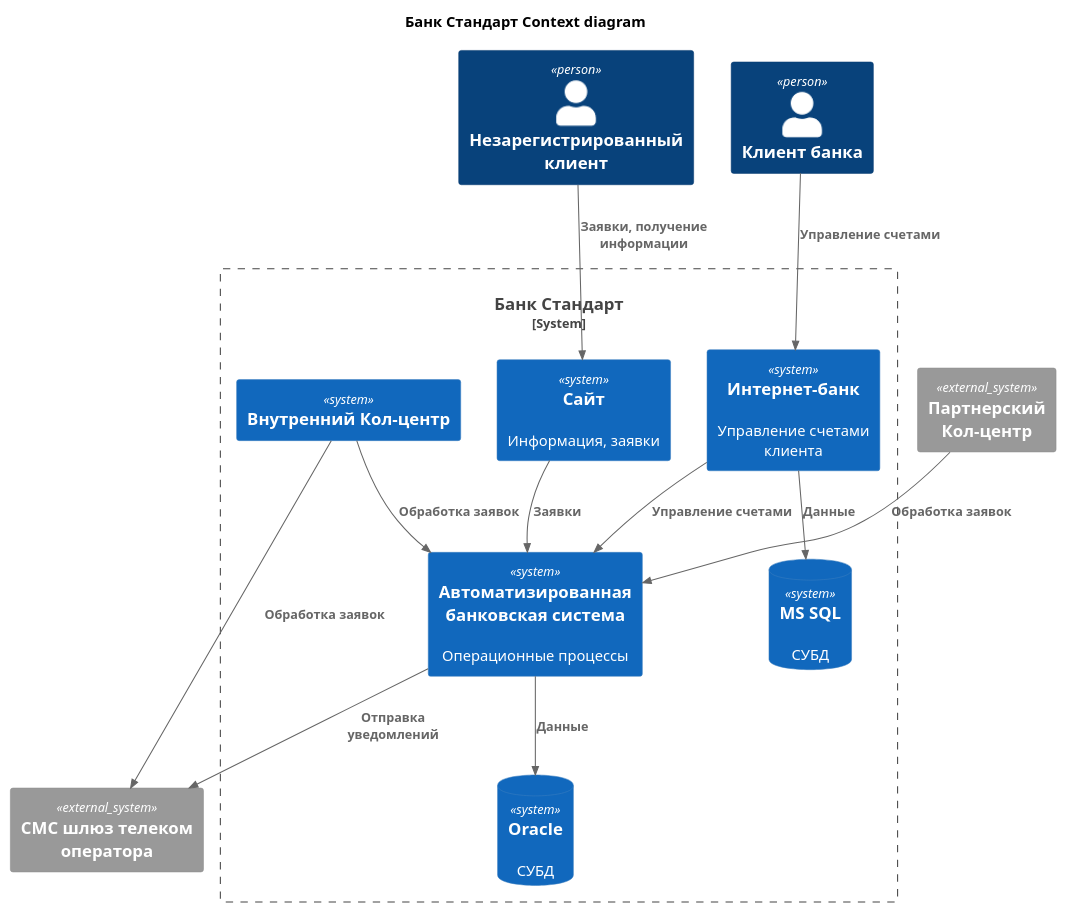
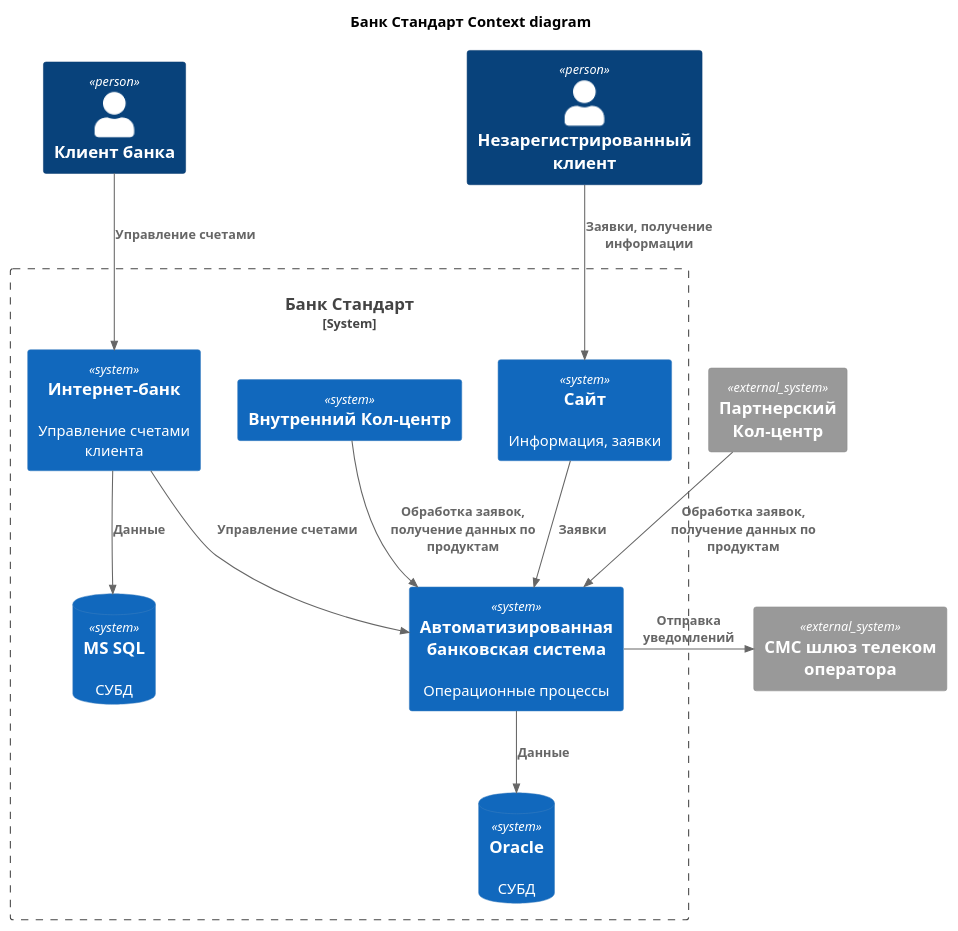
The diagram in Task3/Context.puml (AntonVolkov71/architecture-pro-standart), drawn with PlantUML before and after one commit. The commit also changed 15 other files, not shown here.

```diff
--- a/Task3/Context.puml
+++ b/Task3/Context.puml
@@ -1,32 +1,34 @@
 @startuml
 title Банк Стандарт Context diagram
 
 top to bottom direction
 !include ./lib/C4_Context.puml
 
 Person(ClientNoneAuth, "Незарегистрированный клиент" )
 Person(Client, "Клиент банка" )
 
 System_Ext(SmsGateway, "СМС шлюз телеком оператора")
 System_Ext(CallCentreOut, "Партнерский Кол-центр")
 
 System_Boundary(BankStandard, "Банк Стандарт") {
     System(Site, "Сайт", "Информация, заявки")
+
     System(InternetBank, "Интернет-банк", "Управление счетами клиента")
     SystemDb(DBMS_IB, "MS SQL", "СУБД")
+
     System(ABS, "Автоматизированная банковская система", "Операционные процессы")
+    SystemDb(DBMS_ABS, "Oracle", "СУБД")
+
     System(CallCentre, "Внутренний Кол-центр")
-    SystemDb(DBMS_ABS, "Oracle", "СУБД")
 }
 
 Rel(ClientNoneAuth, Site, "Заявки, получение информации")
 Rel(Client, InternetBank, "Управление счетами")
 Rel(Site, ABS, "Заявки")
 Rel(InternetBank, ABS, "Управление счетами")
 Rel(InternetBank, DBMS_IB, "Данные")
 Rel(ABS, DBMS_ABS, "Данные")
-Rel(CallCentre, ABS, "Обработка заявок")
-Rel(CallCentre, SmsGateway, "Обработка заявок")
-Rel(CallCentreOut, ABS, "Обработка заявок")
-Rel(ABS, SmsGateway, "Отправка уведомлений")
+Rel(CallCentre, ABS, "Обработка заявок, получение данных по продуктам")
+Rel(CallCentreOut, ABS, "Обработка заявок, получение данных по продуктам")
+Rel_Neighbor(ABS, SmsGateway, "Отправка уведомлений")
 @enduml
```
